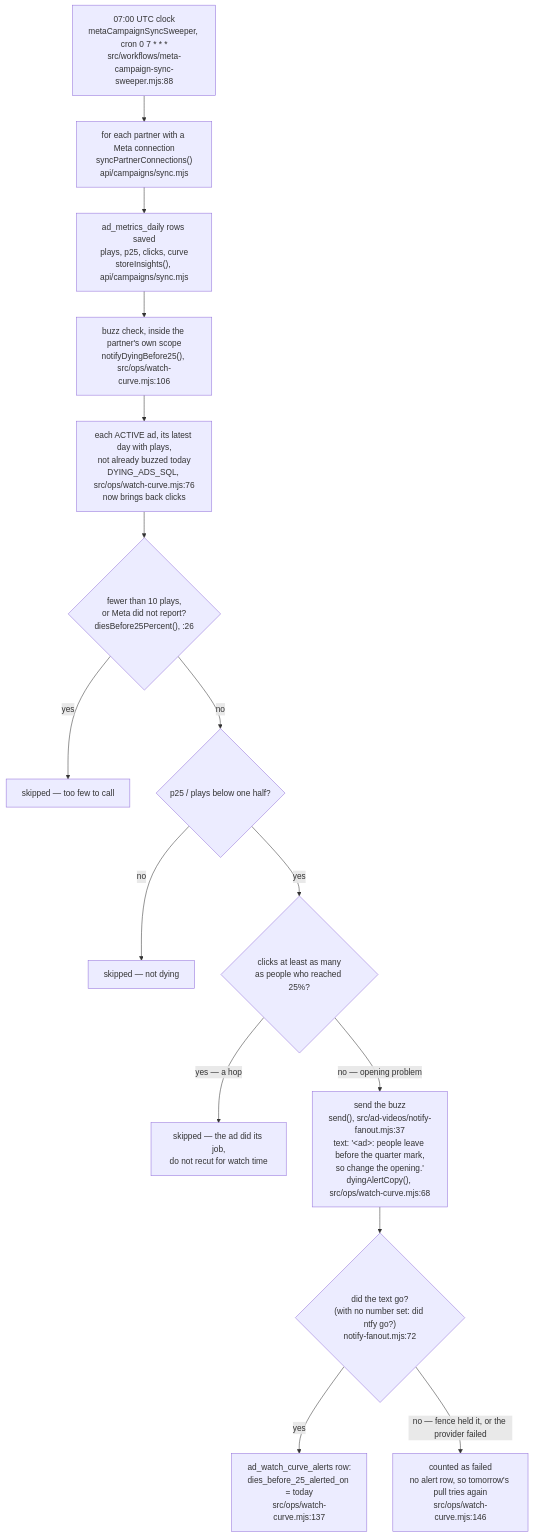
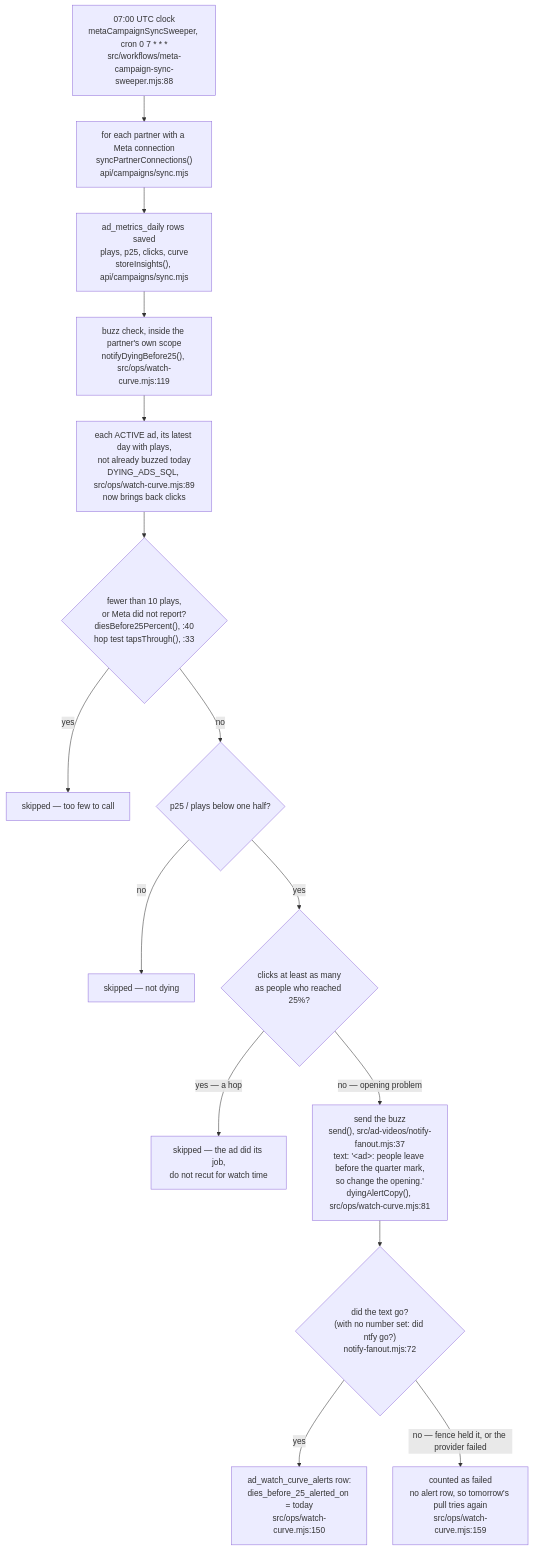
Before and after one commit to ZootimusMaximusSupreme/fundhub-platform: the first of 2 diagrams in docs/journeys/marketing-night-jobs-flow.md, drawn with Mermaid. The commit also changed other lines of this file and 7 other files, not shown here.

First line of the commit message:
Next-take table: fill ad_watch_curve_diagnoses every morning at 07:30 UTC.

````diff
--- a/docs/journeys/marketing-night-jobs-flow.md
+++ b/docs/journeys/marketing-night-jobs-flow.md
@@ -29,17 +29,17 @@
 ```mermaid
 flowchart TD
     A["07:00 UTC clock<br/>metaCampaignSyncSweeper, cron 0 7 * * *<br/>src/workflows/meta-campaign-sync-sweeper.mjs:88"] --> B["for each partner with a Meta connection<br/>syncPartnerConnections()<br/>api/campaigns/sync.mjs"]
     B --> C["ad_metrics_daily rows saved<br/>plays, p25, clicks, curve<br/>storeInsights(), api/campaigns/sync.mjs"]
-    C --> D["buzz check, inside the partner's own scope<br/>notifyDyingBefore25(), src/ops/watch-curve.mjs:106"]
-    D --> E["each ACTIVE ad, its latest day with plays,<br/>not already buzzed today<br/>DYING_ADS_SQL, src/ops/watch-curve.mjs:76<br/>now brings back clicks"]
-    E --> F{"fewer than 10 plays,<br/>or Meta did not report?<br/>diesBefore25Percent(), :26"}
+    C --> D["buzz check, inside the partner's own scope<br/>notifyDyingBefore25(), src/ops/watch-curve.mjs:119"]
+    D --> E["each ACTIVE ad, its latest day with plays,<br/>not already buzzed today<br/>DYING_ADS_SQL, src/ops/watch-curve.mjs:89<br/>now brings back clicks"]
+    E --> F{"fewer than 10 plays,<br/>or Meta did not report?<br/>diesBefore25Percent(), :40<br/>hop test tapsThrough(), :33"}
     F -->|yes| S1["skipped — too few to call"]
     F -->|no| G{"p25 / plays below one half?"}
     G -->|no| S2["skipped — not dying"]
     G -->|yes| H{"clicks at least as many<br/>as people who reached 25%?"}
     H -->|"yes — a hop"| S3["skipped — the ad did its job,<br/>do not recut for watch time"]
-    H -->|"no — opening problem"| I["send the buzz<br/>send(), src/ad-videos/notify-fanout.mjs:37<br/>text: '&lt;ad&gt;: people leave before the quarter mark,<br/>so change the opening.'<br/>dyingAlertCopy(), src/ops/watch-curve.mjs:68"]
+    H -->|"no — opening problem"| I["send the buzz<br/>send(), src/ad-videos/notify-fanout.mjs:37<br/>text: '&lt;ad&gt;: people leave before the quarter mark,<br/>so change the opening.'<br/>dyingAlertCopy(), src/ops/watch-curve.mjs:81"]
     I --> J{"did the text go?<br/>(with no number set: did ntfy go?)<br/>notify-fanout.mjs:72"}
-    J -->|yes| K["ad_watch_curve_alerts row:<br/>dies_before_25_alerted_on = today<br/>src/ops/watch-curve.mjs:137"]
-    J -->|"no — fence held it, or the provider failed"| L["counted as failed<br/>no alert row, so tomorrow's pull tries again<br/>src/ops/watch-curve.mjs:146"]
+    J -->|yes| K["ad_watch_curve_alerts row:<br/>dies_before_25_alerted_on = today<br/>src/ops/watch-curve.mjs:150"]
+    J -->|"no — fence held it, or the provider failed"| L["counted as failed<br/>no alert row, so tomorrow's pull tries again<br/>src/ops/watch-curve.mjs:159"]
 ```
````
